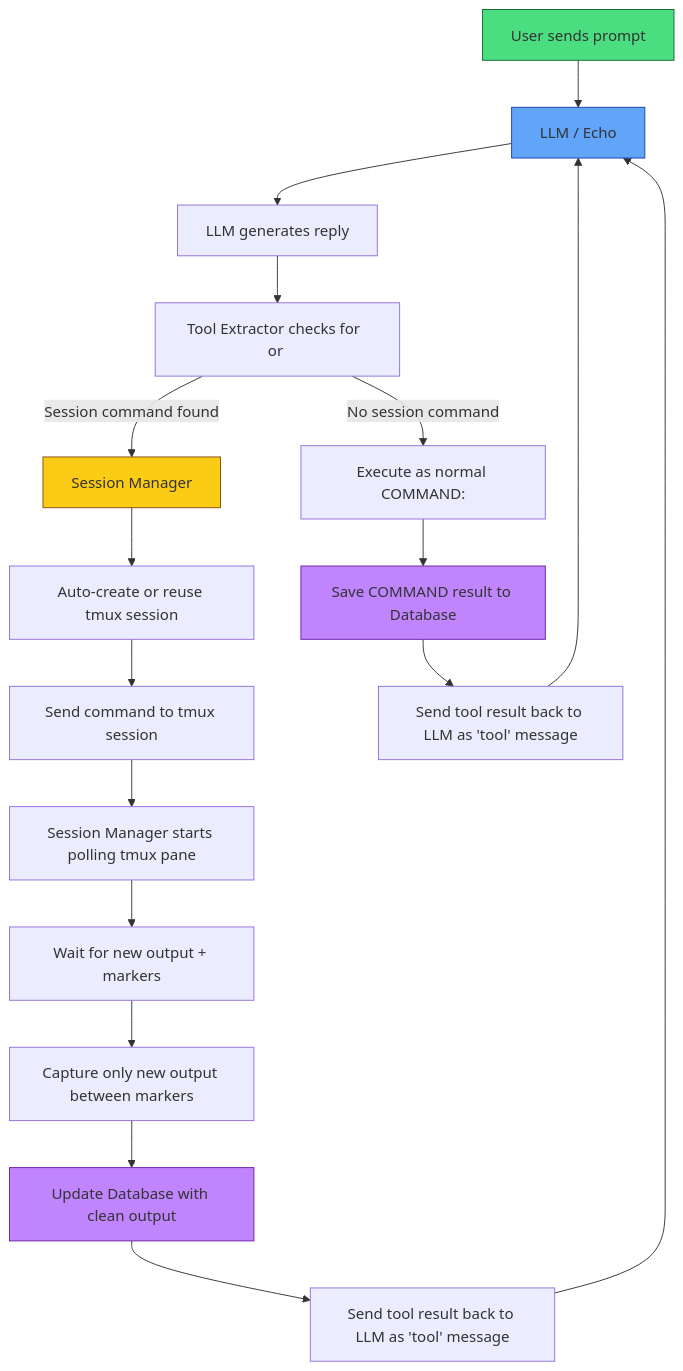
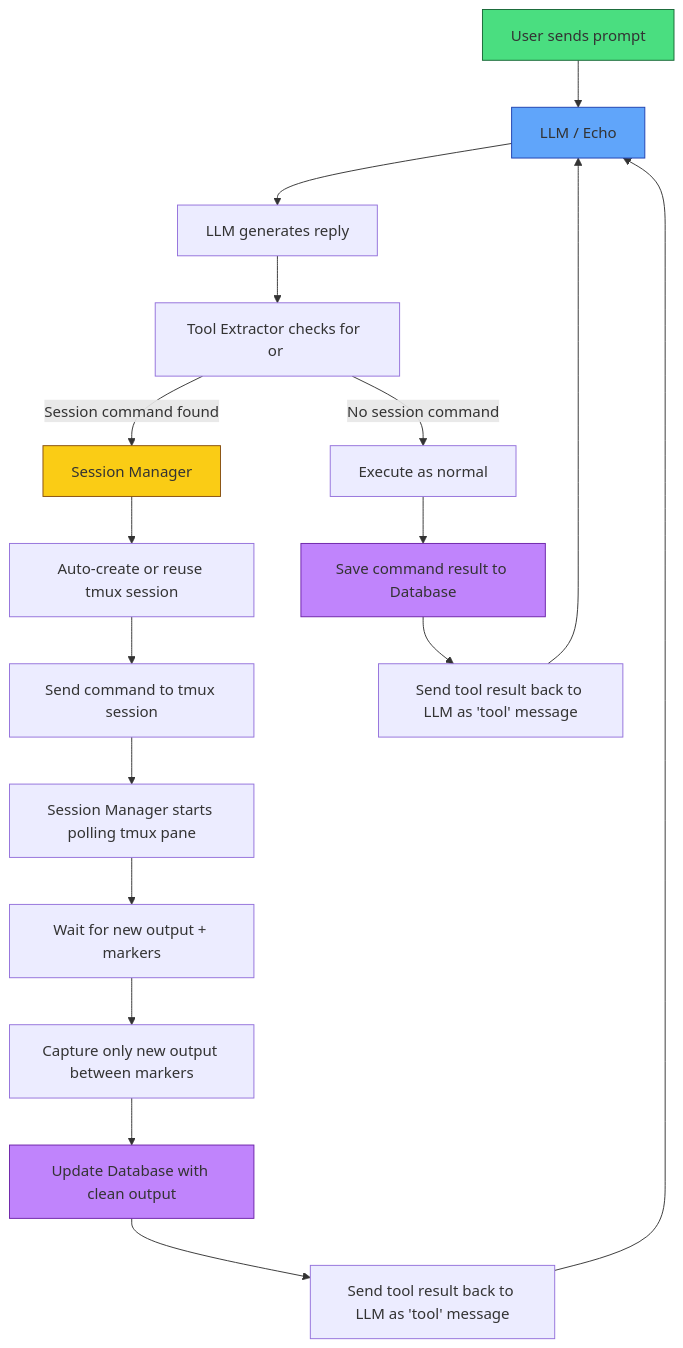
The diagram in README.md (charlesericwilson-portfolio/Echo_Adapt_v5), drawn with Mermaid before and after one commit.

Commit message:
Update command notation in README.md

````diff
--- a/README.md
+++ b/README.md
@@ -1,28 +1,28 @@
 ```mermaid
 flowchart TD
     A[User sends prompt] --> B[LLM / Echo]
     B --> C[LLM generates reply]
     C --> D[Tool Extractor checks for <session> or <command>]
    
     D -->|Session command found| E[Session Manager]
     E --> F[Auto-create or reuse tmux session]
     F --> G[Send command to tmux session]
     G --> H[Session Manager starts polling tmux pane]
     H --> I[Wait for new output + markers]
     I --> J[Capture only new output between markers]
     J --> K[Update Database with clean output]
     K --> L[Send tool result back to LLM as 'tool' message]
    
-    D -->|No session command| M[Execute as normal COMMAND:]
-    M --> O[Save COMMAND result to Database]
+    D -->|No session command| M[Execute as normal <command>]
+    M --> O[Save command result to Database]
     O --> N[Send tool result back to LLM as 'tool' message]
    
     L --> B
     N --> B
    
     style A fill:#4ade80,stroke:#166534
     style B fill:#60a5fa,stroke:#1e40af
     style E fill:#facc15,stroke:#854d0e
     style K fill:#c084fc,stroke:#6b21a8
     style O fill:#c084fc,stroke:#6b21a8
 ```
````
